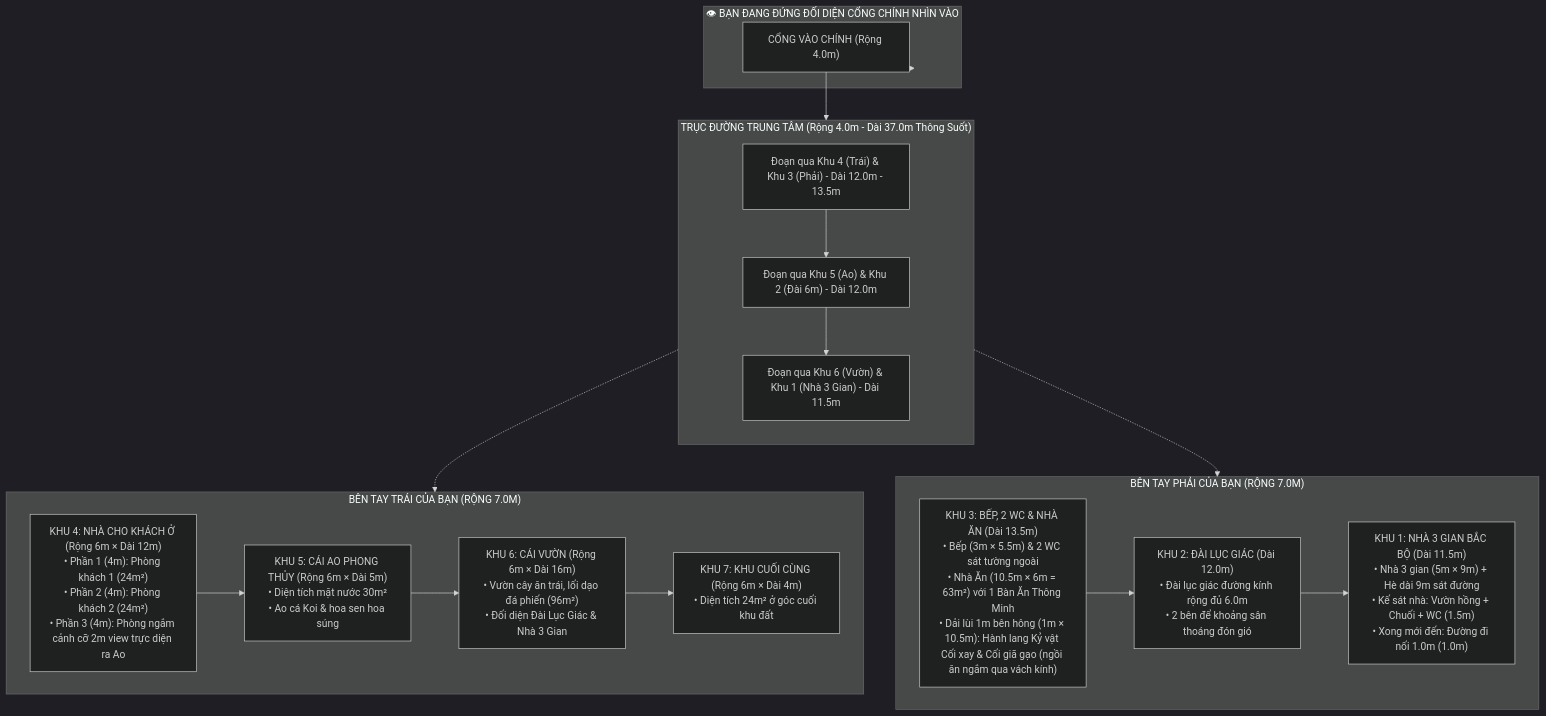
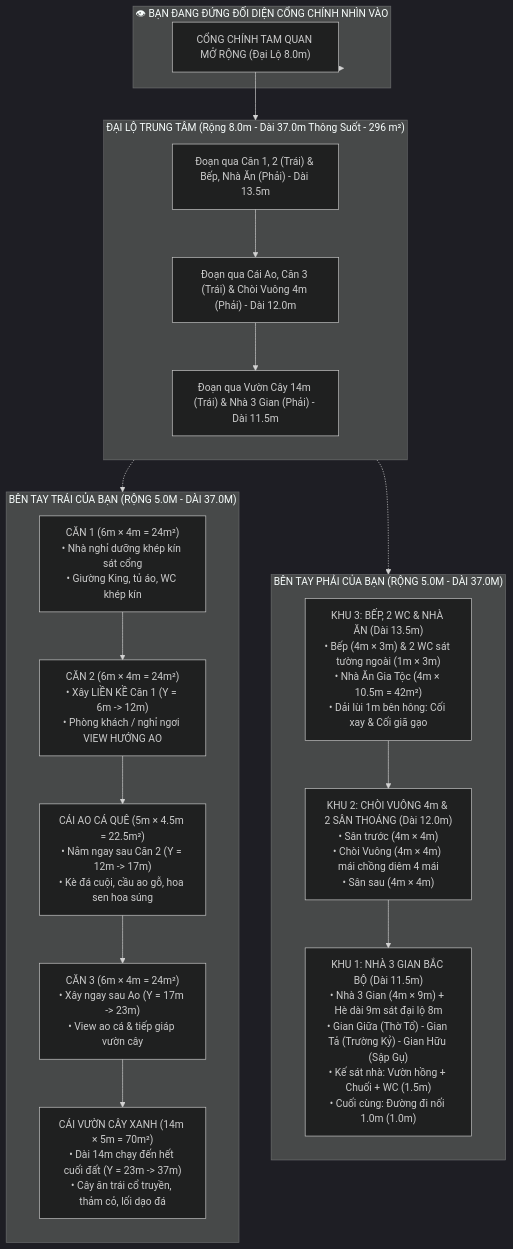
Before and after one commit to Saikase/khu-nha-dong-ho: the diagram in ban_thiet_ke_khu_nha_dong_ho.md, drawn with Mermaid (dark theme). The commit also changed other lines of this file and 19 other files, not shown here.

Commit message:
Cap nhat quy hoach moi: Mo rong duong 8m, Day trai 3 nha 6x4 + Ao + Vuon 14m, Day phai Choi vuong 4m & Nha 3 gian

````diff
--- a/ban_thiet_ke_khu_nha_dong_ho.md
+++ b/ban_thiet_ke_khu_nha_dong_ho.md
@@ -15,57 +22,65 @@
 ```mermaid
 flowchart TD
     subgraph OBSERVE["👁 BẠN ĐANG ĐỨNG ĐỐI DIỆN CỔNG CHÍNH NHÌN VÀO"]
-        GATE["CỔNG VÀO CHÍNH (Rộng 4.0m)"]
+        GATE["CỔNG CHÍNH TAM QUAN MỞ RỘNG (Đại Lộ 8.0m)"]
     end
 
-    subgraph DUONG_CHINH["TRỤC ĐƯỜNG TRUNG TÂM (Rộng 4.0m - Dài 37.0m Thông Suốt)"]
+    subgraph DUONG_CHINH["ĐẠI LỘ TRUNG TÂM (Rộng 8.0m - Dài 37.0m Thông Suốt - 296 m²)"]
         direction TB
-        ROAD_P1["Đoạn qua Khu 4 (Trái) & Khu 3 (Phải) - Dài 12.0m - 13.5m"]
-        ROAD_P2["Đoạn qua Khu 5 (Ao) & Khu 2 (Đài 6m) - Dài 12.0m"]
-        ROAD_P3["Đoạn qua Khu 6 (Vườn) & Khu 1 (Nhà 3 Gian) - Dài 11.5m"]
+        ROAD_P1["Đoạn qua Căn 1, 2 (Trái) & Bếp, Nhà Ăn (Phải) - Dài 13.5m"]
+        ROAD_P2["Đoạn qua Cái Ao, Căn 3 (Trái) & Chòi Vuông 4m (Phải) - Dài 12.0m"]
+        ROAD_P3["Đoạn qua Vườn Cây 14m (Trái) & Nhà 3 Gian (Phải) - Dài 11.5m"]
         ROAD_P1 --> ROAD_P2 --> ROAD_P3
     end
 
-    subgraph TAY_TRAI["BÊN TAY TRÁI CỦA BẠN (RỘNG 7.0M)"]
-        K4["KHU 4: NHÀ CHO KHÁCH Ở (Rộng 6m × Dài 12m)
-• Phần 1 (4m): Phòng khách 1 (24m²)
-• Phần 2 (4m): Phòng khách 2 (24m²)
-• Phần 3 (4m): Phòng ngắm cảnh cỡ 2m view trực diện ra Ao"]
+    subgraph TAY_TRAI["BÊN TAY TRÁI CỦA BẠN (RỘNG 5.0M - DÀI 37.0M)"]
+        direction TB
+        C1["CĂN 1 (6m × 4m = 24m²)
+• Nhà nghỉ dưỡng khép kín sát cổng
+• Giường King, tủ áo, WC khép kín"]
 
-        K5["KHU 5: CÁI AO PHONG THỦY (Rộng 6m × Dài 5m)
-• Diện tích mặt nước 30m²
-• Ao cá Koi & hoa sen hoa súng"]
+        C2["CĂN 2 (6m × 4m = 24m²)
+• Xây LIỀN KỀ Căn 1 (Y = 6m -> 12m)
+• Phòng khách / nghỉ ngơi VIEW HƯỚNG AO"]
 
-        K6["KHU 6: CÁI VƯỜN (Rộng 6m × Dài 16m)
-• Vườn cây ăn trái, lối dạo đá phiến (96m²)
-• Đối diện Đài Lục Giác & Nhà 3 Gian"]
+        AO["CÁI AO CÁ QUÊ (5m × 4.5m = 22.5m²)
+• Nằm ngay sau Căn 2 (Y = 12m -> 17m)
+• Kè đá cuội, cầu ao gỗ, hoa sen hoa súng"]
 
-        K7["KHU 7: KHU CUỐI CÙNG (Rộng 6m × Dài 4m)
-• Diện tích 24m² ở góc cuối khu đất"]
+        C3["CĂN 3 (6m × 4m = 24m²)
+• Xây ngay sau Ao (Y = 17m -> 23m)
+• View ao cá & tiếp giáp vườn cây"]
 
-        K4 --> K5 --> K6 --> K7
+        VUON["CÁI VƯỜN CÂY XANH (14m × 5m = 70m²)
+• Dài 14m chạy đến hết cuối đất (Y = 23m -> 37m)
+• Cây ăn trái cổ truyền, thảm cỏ, lối dạo đá"]
+
+        C1 --> C2 --> AO --> C3 --> VUON
     end
 
-    subgraph TAY_PHAI["BÊN TAY PHẢI CỦA BẠN (RỘNG 7.0M)"]
+    subgraph TAY_PHAI["BÊN TAY PHẢI CỦA BẠN (RỘNG 5.0M - DÀI 37.0M)"]
+        direction TB
         K3["KHU 3: BẾP, 2 WC & NHÀ ĂN (Dài 13.5m)
-• Bếp (3m × 5.5m) & 2 WC sát tường ngoài
-• Nhà Ăn (10.5m × 6m = 63m²) với 1 Bàn Ăn Thông Minh
-• Dải lùi 1m bên hông (1m × 10.5m): Hành lang Kỷ vật Cối xay & Cối giã gạo (ngồi ăn ngắm qua vách kính)"]
+• Bếp (4m × 3m) & 2 WC sát tường ngoài (1m × 3m)
+• Nhà Ăn Gia Tộc (4m × 10.5m = 42m²)
+• Dải lùi 1m bên hông: Cối xay & Cối giã gạo"]
 
-        K2["KHU 2: ĐÀI LỤC GIÁC (Dài 12.0m)
-• Đài lục giác đường kính rộng đủ 6.0m
-• 2 bên để khoảng sân thoáng đón gió"]
+        K2["KHU 2: CHÒI VUÔNG 4m & 2 SÂN THOÁNG (Dài 12.0m)
+• Sân trước (4m × 4m)
+• Chòi Vuông (4m × 4m) mái chồng diêm 4 mái
+• Sân sau (4m × 4m)"]
 
         K1["KHU 1: NHÀ 3 GIAN BẮC BỘ (Dài 11.5m)
-• Nhà 3 gian (5m × 9m) + Hè dài 9m sát đường
+• Nhà 3 Gian (4m × 9m) + Hè dài 9m sát đại lộ 8m
+• Gian Giữa (Thờ Tổ) - Gian Tả (Trường Kỷ) - Gian Hữu (Sập Gụ)
 • Kế sát nhà: Vườn hồng + Chuối + WC (1.5m)
-• Xong mới đến: Đường đi nối 1.0m (1.0m)"]
+• Cuối cùng: Đường đi nối 1.0m (1.0m)"]
 
         K3 --> K2 --> K1
     end
 
     OBSERVE --> GATE
     GATE --> DUONG_CHINH
     DUONG_CHINH -.-> TAY_TRAI
     DUONG_CHINH -.-> TAY_PHAI
 ```
````
